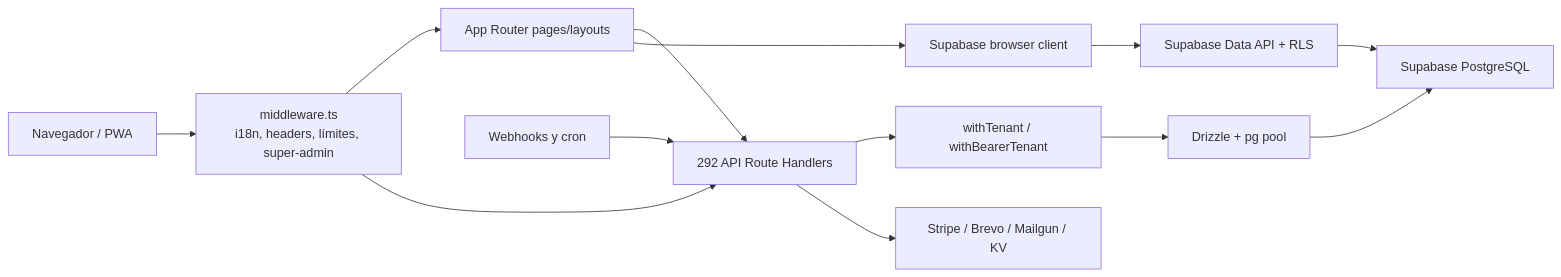
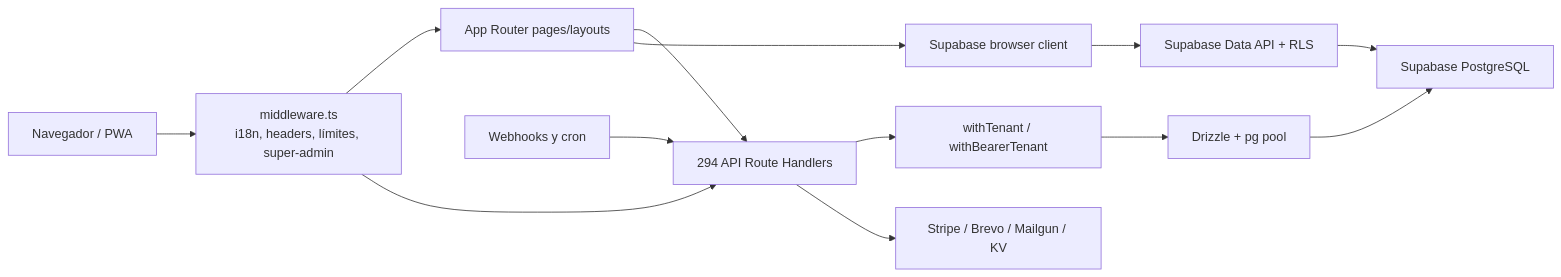
The diagram in docs/audit/PROJECT_MAP.md (mentessaas/Zaltyko), drawn with Mermaid before and after one commit. The commit also changed other lines of this file and 27 other files, not shown here.

````diff
--- a/docs/audit/PROJECT_MAP.md
+++ b/docs/audit/PROJECT_MAP.md
@@ -24,15 +24,15 @@
 ```mermaid
 flowchart LR
   B["Navegador / PWA"] --> M["middleware.ts\ni18n, headers, límites, super-admin"]
   M --> P["App Router pages/layouts"]
-  M --> A["292 API Route Handlers"]
+  M --> A["294 API Route Handlers"]
   P --> A
   P --> S["Supabase browser client"]
   A --> Z["withTenant / withBearerTenant"]
   Z --> D["Drizzle + pg pool"]
   D --> PG["Supabase PostgreSQL"]
   S --> R["Supabase Data API + RLS"]
   R --> PG
   A --> X["Stripe / Brevo / Mailgun / KV"]
   W["Webhooks y cron"] --> A
 ```
````
